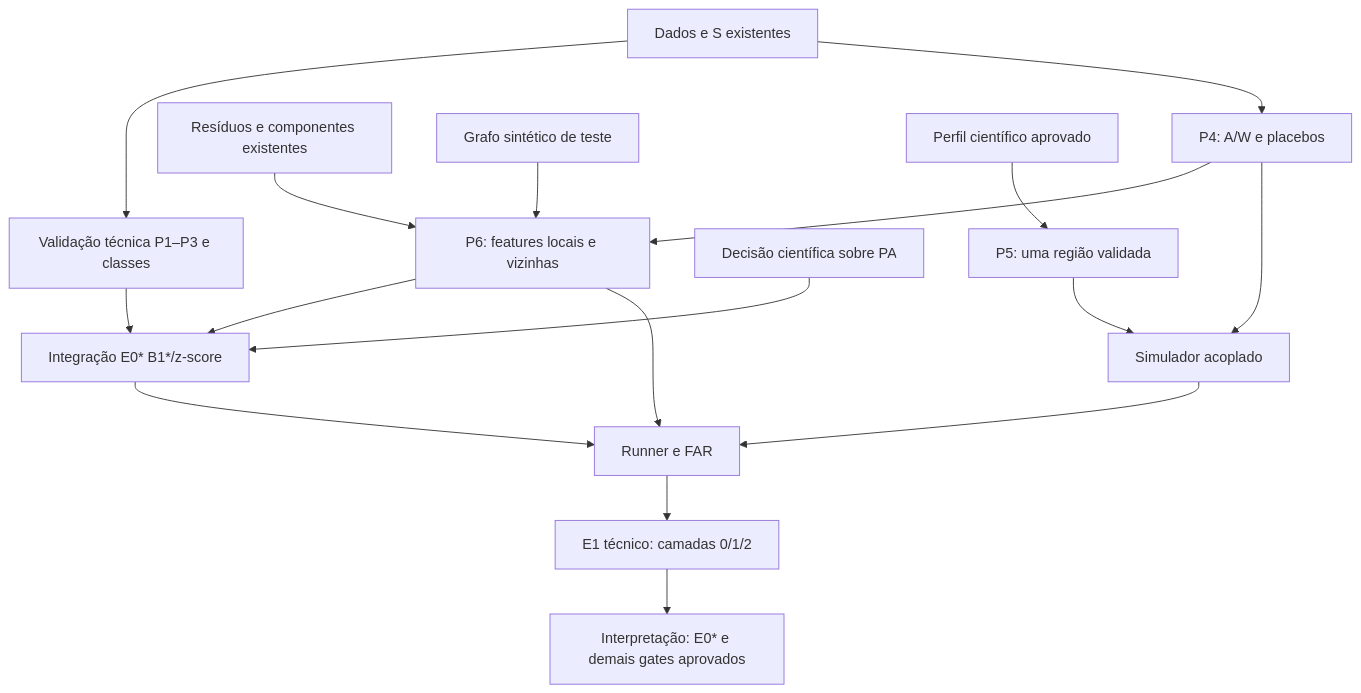
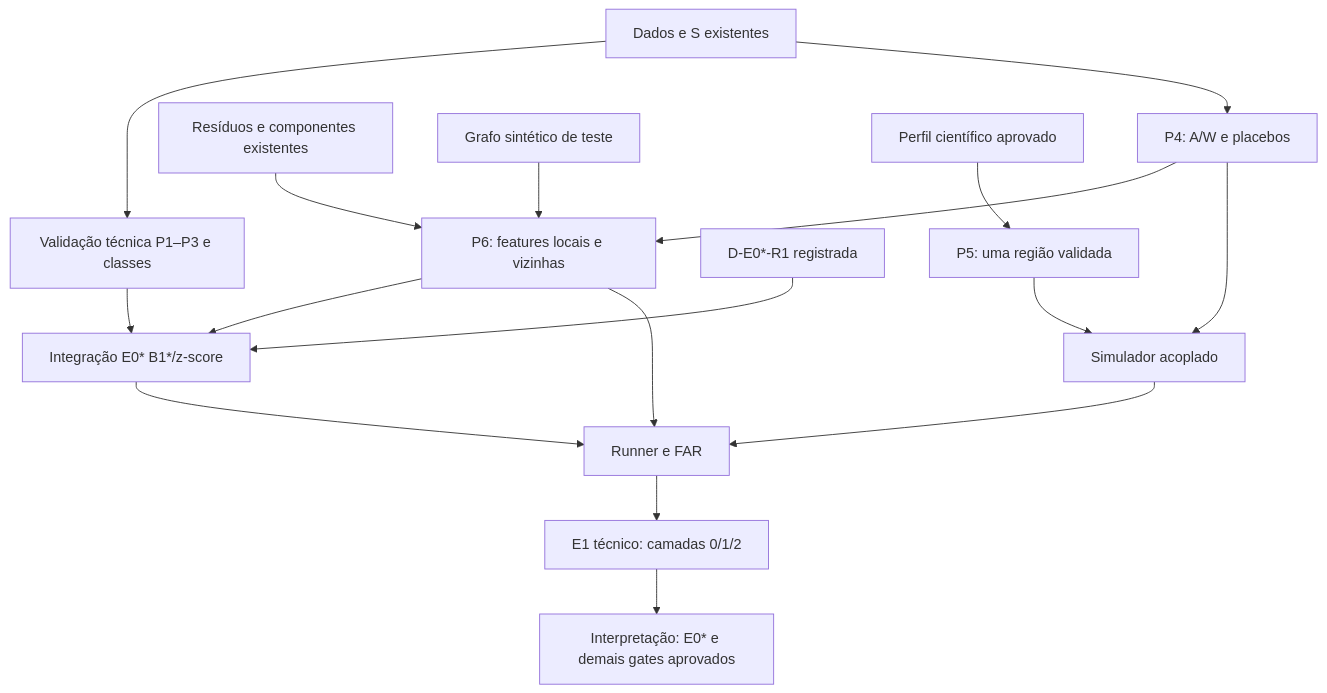
Before and after one commit to viniciusnvcosta/net-sci-epi: the diagram in docs/superpowers/plans/headd-l0-global.md, drawn with Mermaid. The commit also changed other lines of this file and 7 other files, not shown here.

````diff
--- a/docs/superpowers/plans/headd-l0-global.md
+++ b/docs/superpowers/plans/headd-l0-global.md
@@ -66,19 +67,19 @@
 ```mermaid
 flowchart TD
   B[Dados e S existentes] --> V[Validação técnica P1–P3 e classes]
   B --> J[P4: A/W e placebos]
   C[Resíduos e componentes existentes] --> M[P6: features locais e vizinhas]
   J --> M
   F[Grafo sintético de teste] --> M
-  D[Decisão científica sobre PA] --> I[Integração E0* B1*/z-score]
+  D[D-E0*-R1 registrada] --> I[Integração E0* B1*/z-score]
   V --> I
   M --> I
   R[Perfil científico aprovado] --> K[P5: uma região validada]
   K --> L[Simulador acoplado]
   J --> L
   I --> N[Runner e FAR]
   L --> N
   M --> N
   N --> O[E1 técnico: camadas 0/1/2]
   O --> Q[Interpretação: E0* e demais gates aprovados]
 ```
````
